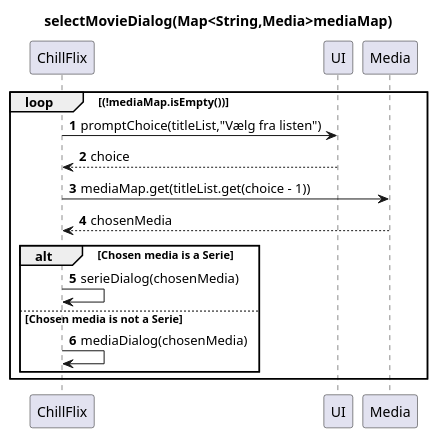
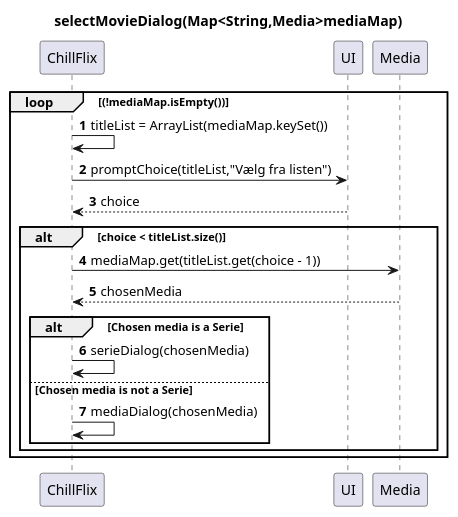
The diagram in docs/SelectMovieDialogSequence.puml (Falcho/SP3), drawn with PlantUML before and after one commit.

Commit message:
select Movie Dialog sequence diagram opdateret

```diff
--- a/docs/SelectMovieDialogSequence.puml
+++ b/docs/SelectMovieDialogSequence.puml
@@ -1,25 +1,27 @@
 @startuml
 'https://plantuml.com/sequence-diagram
 title selectMovieDialog(Map<String,Media>mediaMap)
 autonumber
 
 participant ChillFlix
 participant UI
 participant Media
 
 loop (!mediaMap.isEmpty())
+ChillFlix -> ChillFlix : titleList = ArrayList(mediaMap.keySet())
 ChillFlix -> UI: promptChoice(titleList,"Vælg fra listen")
 UI --> ChillFlix: choice
 
-
+alt choice < titleList.size()
 ChillFlix -> Media: mediaMap.get(titleList.get(choice - 1))
 Media --> ChillFlix: chosenMedia
 alt Chosen media is a Serie
     ChillFlix -> ChillFlix: serieDialog(chosenMedia)
 
 else Chosen media is not a Serie
     ChillFlix -> ChillFlix: mediaDialog(chosenMedia)
 end
 end
+end
 
 @enduml
```
